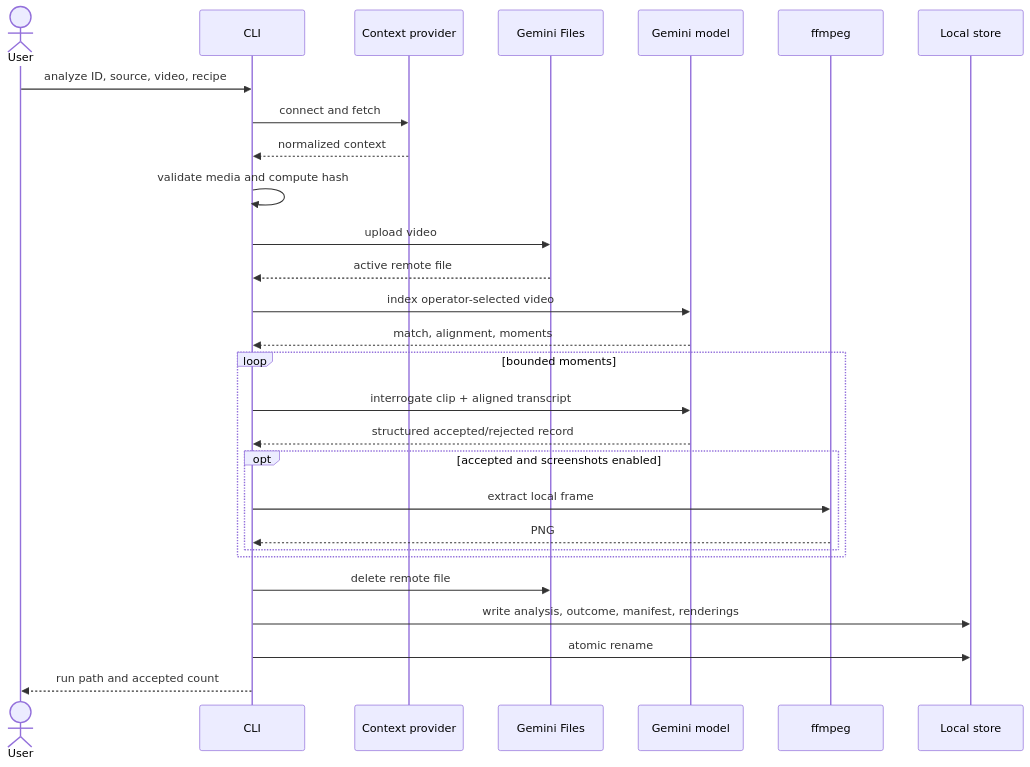
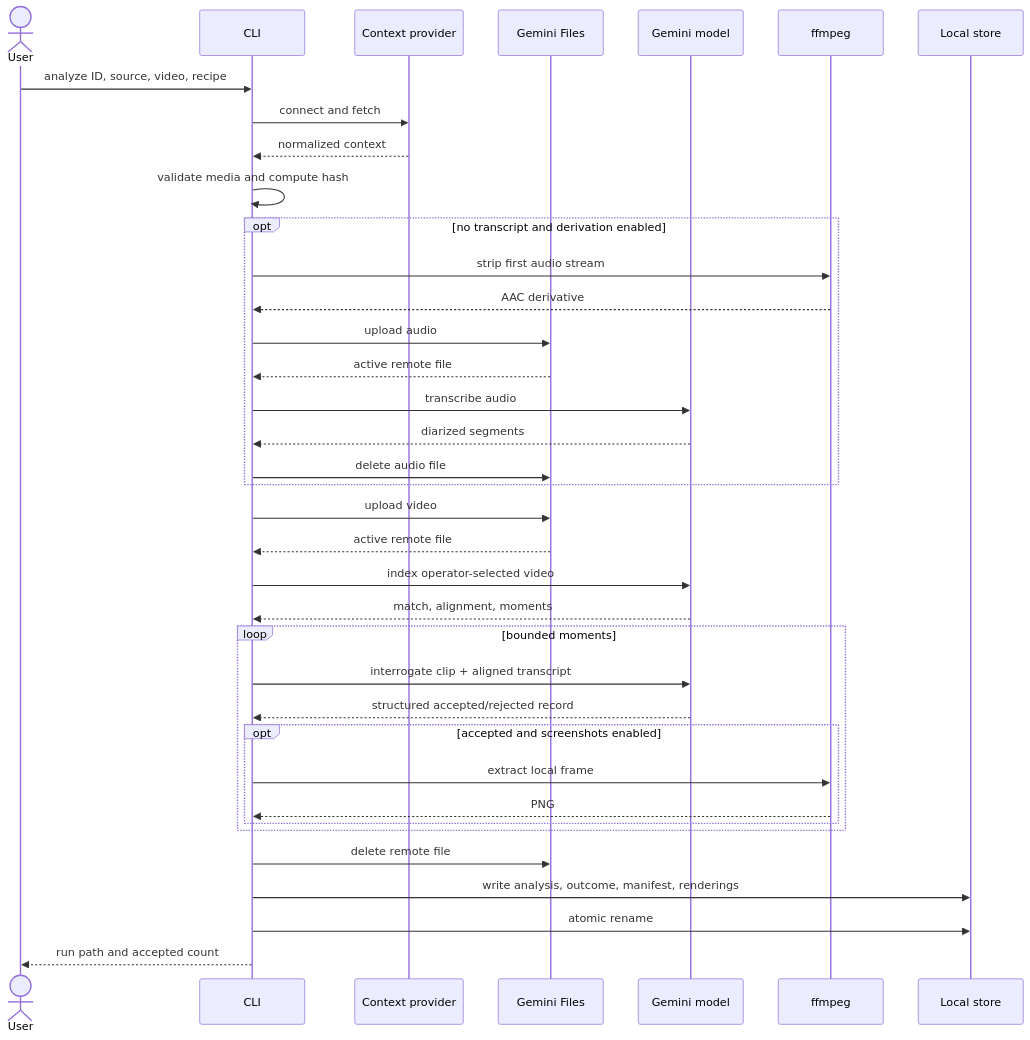
The third of 8 diagrams in docs/ARCHITECTURE.md (jchu96/frame-of-mind), drawn with Mermaid before and after one commit. The commit also changed other lines of this file and 30 other files, not shown here.

````diff
--- a/docs/ARCHITECTURE.md
+++ b/docs/ARCHITECTURE.md
@@ -351,31 +376,40 @@
 ```mermaid
 sequenceDiagram
     actor User
     participant CLI
     participant Context as Context provider
     participant Files as Gemini Files
     participant Model as Gemini model
     participant FF as ffmpeg
     participant Disk as Local store
 
     User->>CLI: analyze ID, source, video, recipe
     CLI->>Context: connect and fetch
     Context-->>CLI: normalized context
     CLI->>CLI: validate media and compute hash
+    opt no transcript and derivation enabled
+        CLI->>FF: strip first audio stream
+        FF-->>CLI: AAC derivative
+        CLI->>Files: upload audio
+        Files-->>CLI: active remote file
+        CLI->>Model: transcribe audio
+        Model-->>CLI: diarized segments
+        CLI->>Files: delete audio file
+    end
     CLI->>Files: upload video
     Files-->>CLI: active remote file
     CLI->>Model: index operator-selected video
     Model-->>CLI: match, alignment, moments
     loop bounded moments
         CLI->>Model: interrogate clip + aligned transcript
         Model-->>CLI: structured accepted/rejected record
         opt accepted and screenshots enabled
             CLI->>FF: extract local frame
             FF-->>CLI: PNG
         end
     end
     CLI->>Files: delete remote file
     CLI->>Disk: write analysis, outcome, manifest, renderings
     CLI->>Disk: atomic rename
     CLI-->>User: run path and accepted count
 ```
````
